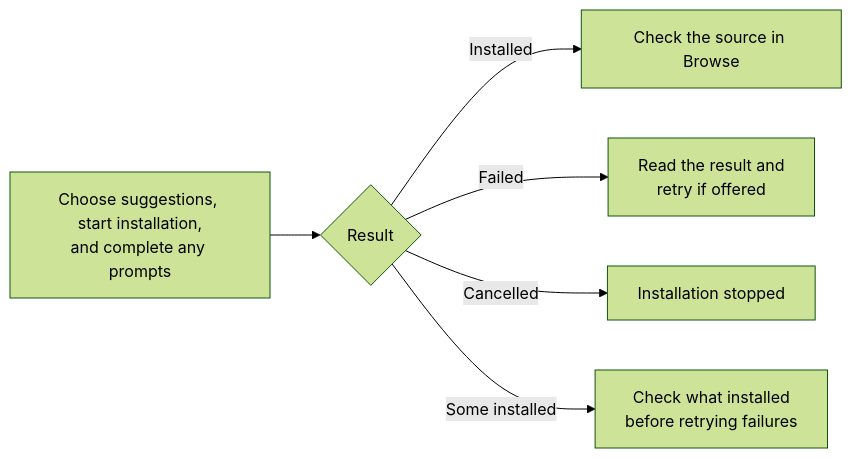
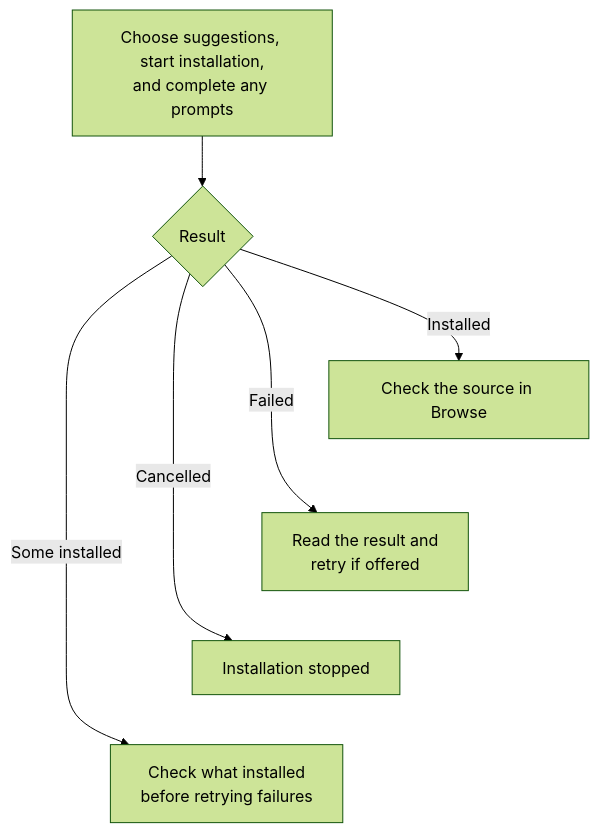
One commit to FancyCorey/komikku-fc changed the second of 4 diagrams in docs/kmk/feature-guides/sources.md. Above: the diagram before and after it, drawn with Mermaid (forest theme). The commit also changed other lines of this file and 29 other files, not shown here.

````diff
--- a/docs/kmk/feature-guides/sources.md
+++ b/docs/kmk/feature-guides/sources.md
@@ -36,8 +36,12 @@
 ```mermaid
-flowchart LR
+flowchart TD
     Choose["Choose suggestions, start installation,<br/>and complete any prompts"] --> Result{"Result"}
     Result -->|Installed| Use["Check the source in Browse"]
     Result -->|Failed| Retry["Read the result and<br/>retry if offered"]
     Result -->|Cancelled| Stop["Installation stopped"]
     Result -->|Some installed| Partial["Check what installed<br/>before retrying failures"]
+    %% Stack independent choices vertically for narrow screens.
+    Use ~~~ Retry
+    Retry ~~~ Stop
+    Stop ~~~ Partial
 ```
````
